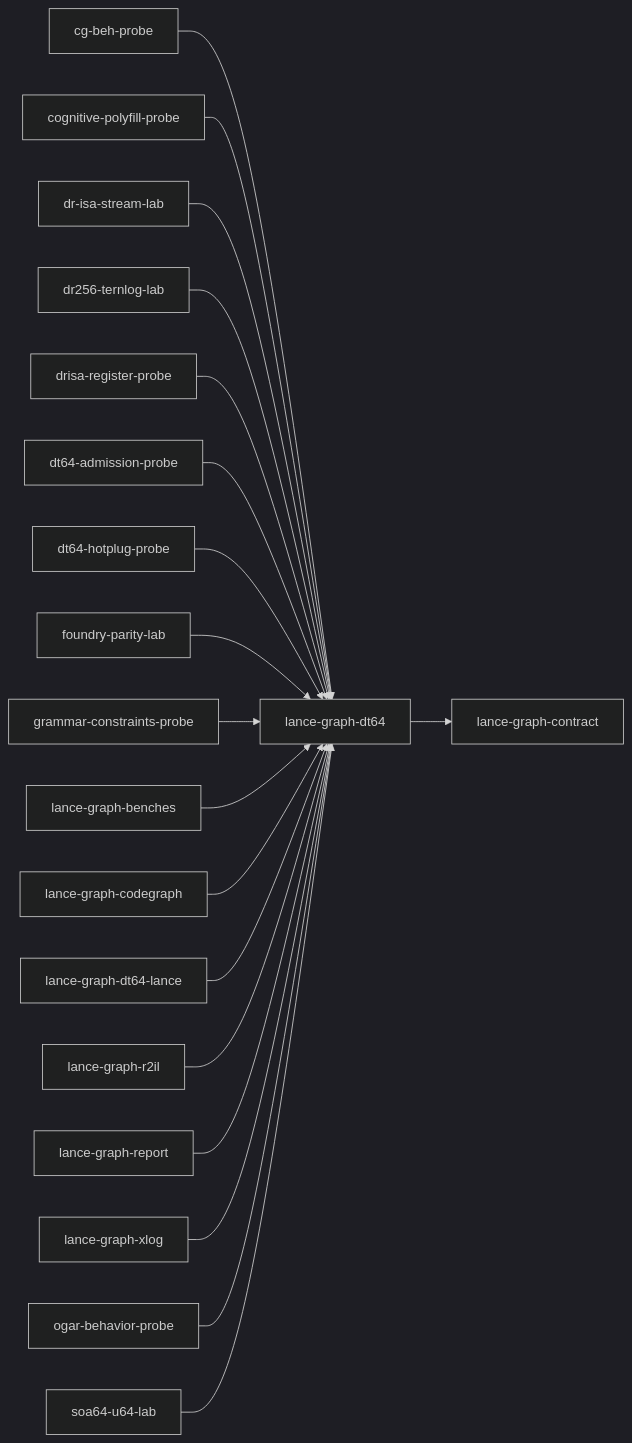
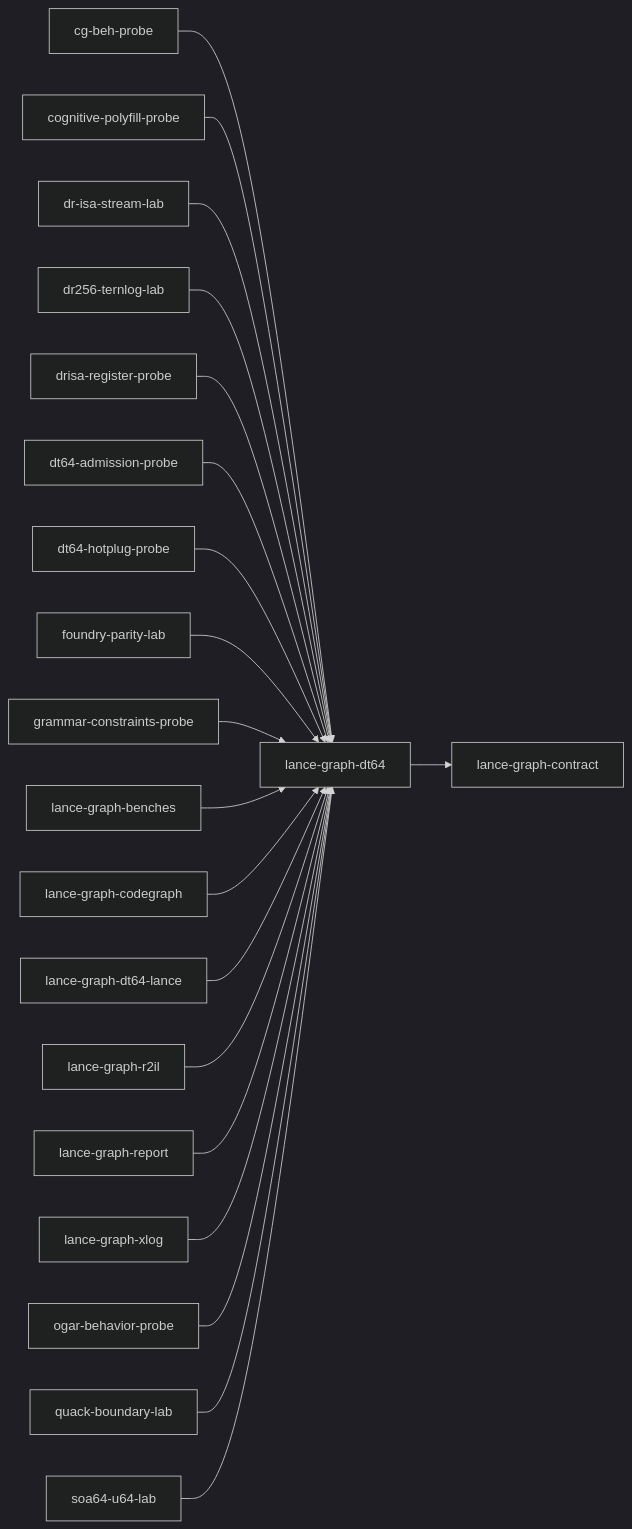
Before and after one commit to AdaWorldAPI/lance-graph: the diagram in .codegraph/crates/lance-graph-dt64.index.md, drawn with Mermaid (dark theme). The commit also changed other lines of this file and 51 other files, not shown here.

First line of the commit message:
docs(quack-boundary-lab): plan, board entry, status row, indexes

````diff
--- a/.codegraph/crates/lance-graph-dt64.index.md
+++ b/.codegraph/crates/lance-graph-dt64.index.md
@@ -273,40 +274,42 @@
 ```mermaid
 flowchart LR
   n4["cg-beh-probe"]
   n6["cognitive-polyfill-probe"]
   n13["dr-isa-stream-lab"]
   n15["dr256-ternlog-lab"]
   n17["drisa-register-probe"]
   n18["dt64-admission-probe"]
   n19["dt64-hotplug-probe"]
   n23["foundry-parity-lab"]
   n25["grammar-constraints-probe"]
   n37["lance-graph-benches"]
   n41["lance-graph-codegraph"]
   n44["lance-graph-contract"]
   n47["lance-graph-dt64"]
   n48["lance-graph-dt64-lance"]
   n63["lance-graph-r2il"]
   n66["lance-graph-report"]
   n71["lance-graph-xlog"]
   n75["ogar-behavior-probe"]
-  n87["soa64-u64-lab"]
+  n80["quack-boundary-lab"]
+  n88["soa64-u64-lab"]
   n4 --> n47
   n6 --> n47
   n13 --> n47
   n15 --> n47
   n17 --> n47
   n18 --> n47
   n19 --> n47
   n23 --> n47
   n25 --> n47
   n37 --> n47
   n41 --> n47
   n47 --> n44
   n48 --> n47
   n63 --> n47
   n66 --> n47
   n71 --> n47
   n75 --> n47
-  n87 --> n47
+  n80 --> n47
+  n88 --> n47
 ```
````
